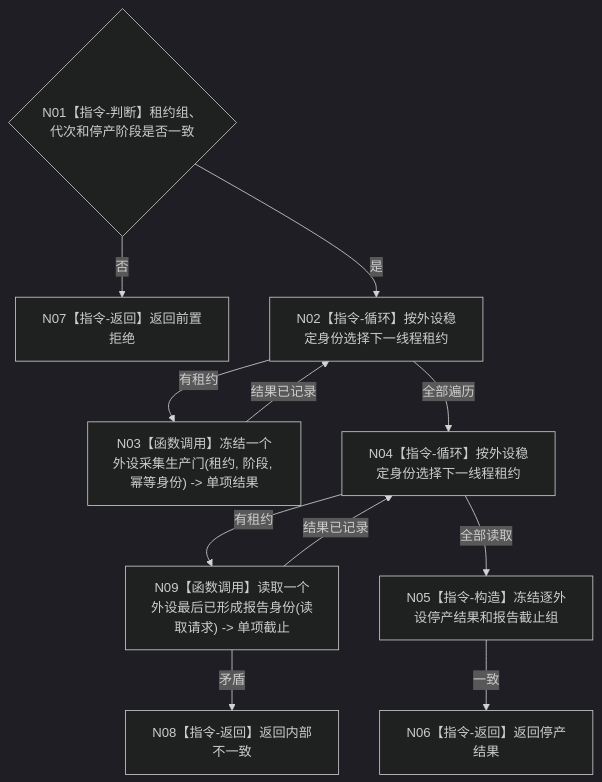
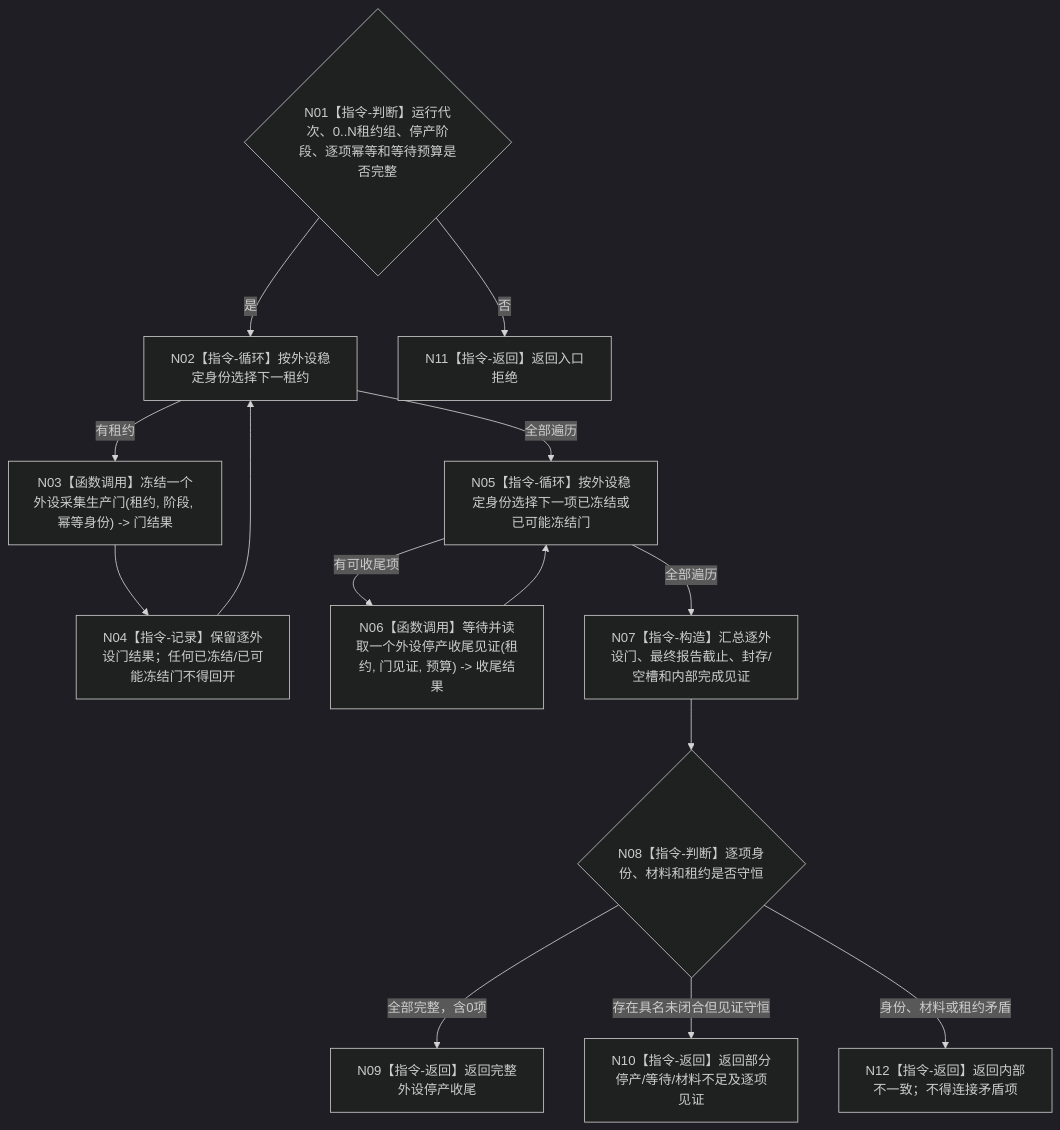
One commit to chunhaizh-cyber/HY-Ego changed the diagram in 流程图/目标业务流程图/L3/BIZ-L3-001-13-01_停止外设线程组产生新材料_目标函数流程图_v0.1.md. Above: the diagram before and after it, drawn with Mermaid (dark theme). The commit also changed other lines of this file and 28 other files, not shown here.

````diff
--- a/流程图/目标业务流程图/L3/BIZ-L3-001-13-01_停止外设线程组产生新材料_目标函数流程图_v0.1.md
+++ b/流程图/目标业务流程图/L3/BIZ-L3-001-13-01_停止外设线程组产生新材料_目标函数流程图_v0.1.md
@@ -30,13 +32,25 @@
 ```mermaid
 flowchart TD
-    N01{"N01【指令-判断】租约组、代次和停产阶段是否一致"} -->|否| N07["N07【指令-返回】返回前置拒绝"]
-    N01 -->|是| N02["N02【指令-循环】按外设稳定身份选择下一线程租约"]
-    N02 -->|有租约| N03["N03【函数调用】冻结一个外设采集生产门(租约, 阶段, 幂等身份) -> 单项结果"]
-    N03 -->|结果已记录| N02
-    N02 -->|全部遍历| N04["N04【指令-循环】按外设稳定身份选择下一线程租约"]
-    N04 -->|有租约| N09["N09【函数调用】读取一个外设最后已形成报告身份(读取请求) -> 单项截止"]
-    N09 -->|结果已记录| N04
-    N04 -->|全部读取| N05["N05【指令-构造】冻结逐外设停产结果和报告截止组"]
-    N05 -->|一致| N06["N06【指令-返回】返回停产结果"]
-    N09 -->|矛盾| N08["N08【指令-返回】返回内部不一致"]
+    N01{"N01【指令-判断】运行代次、0..N租约组、停产阶段、逐项幂等和等待预算是否完整"}
+    N02["N02【指令-循环】按外设稳定身份选择下一租约"]
+    N03["N03【函数调用】冻结一个外设采集生产门(租约, 阶段, 幂等身份) -> 门结果"]
+    N04["N04【指令-记录】保留逐外设门结果；任何已冻结/已可能冻结门不得回开"]
+    N05["N05【指令-循环】按外设稳定身份选择下一项已冻结或已可能冻结门"]
+    N06["N06【函数调用】等待并读取一个外设停产收尾见证(租约, 门见证, 预算) -> 收尾结果"]
+    N07["N07【指令-构造】汇总逐外设门、最终报告截止、封存/空槽和内部完成见证"]
+    N08{"N08【指令-判断】逐项身份、材料和租约是否守恒"}
+    N09["N09【指令-返回】返回完整外设停产收尾"]
+    N10["N10【指令-返回】返回部分停产/等待/材料不足及逐项见证"]
+    N11["N11【指令-返回】返回入口拒绝"]
+    N12["N12【指令-返回】返回内部不一致；不得连接矛盾项"]
+
+    N01 -->|否| N11
+    N01 -->|是| N02
+    N02 -->|有租约| N03 --> N04 --> N02
+    N02 -->|全部遍历| N05
+    N05 -->|有可收尾项| N06 --> N05
+    N05 -->|全部遍历| N07 --> N08
+    N08 -->|全部完整，含0项| N09
+    N08 -->|存在具名未闭合但见证守恒| N10
+    N08 -->|身份、材料或租约矛盾| N12
 ```
````
